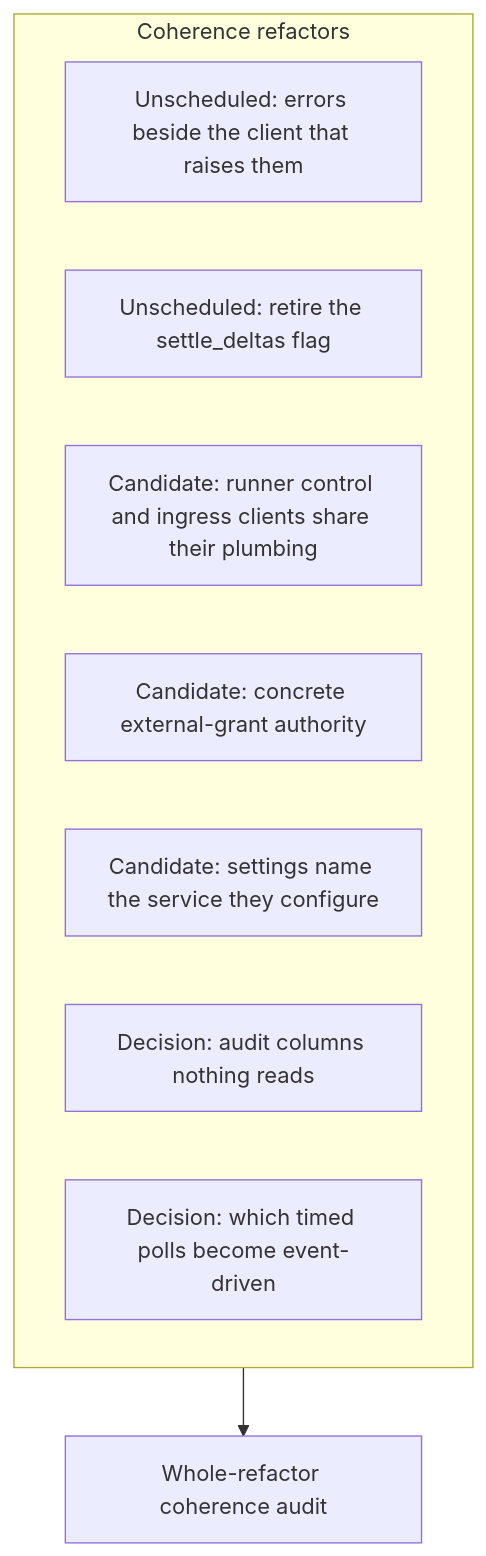
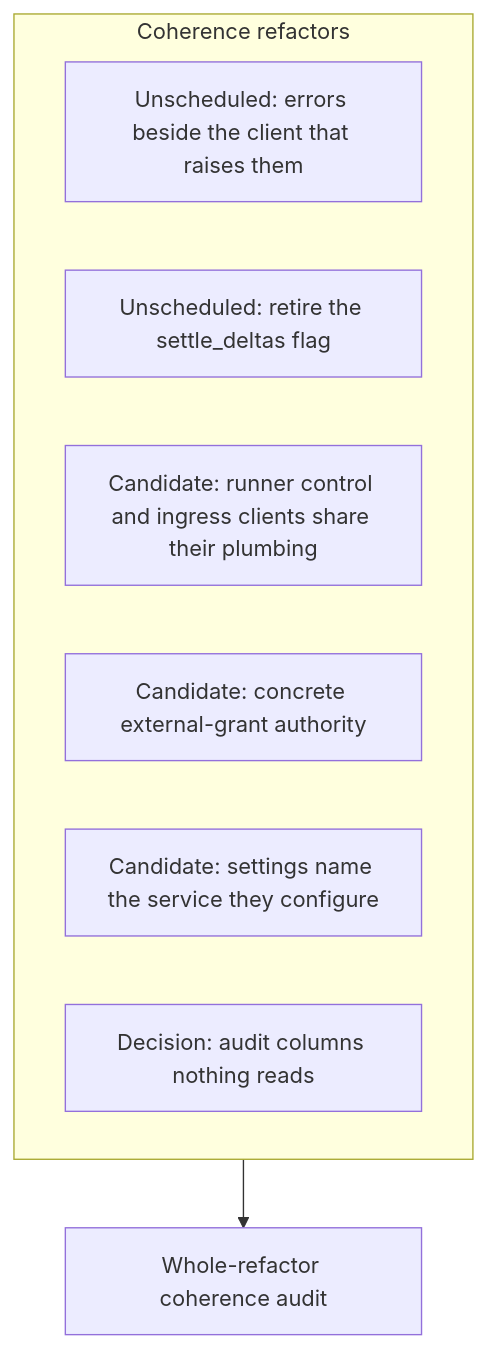
Diagram 14 of 14 in agentplane/plans/task_dag.md (agentydragon-agent/ducktape), drawn with Mermaid before and after one commit. The commit also changed other lines of this file and 25 other files, not shown here.

````diff
--- a/agentplane/plans/task_dag.md
+++ b/agentplane/plans/task_dag.md
@@ -927,13 +927,12 @@
 ```mermaid
 flowchart TD
     subgraph COHERENCE_REFACTORS[Coherence refactors]
         RUNNER_ERRORS_REHOME[Unscheduled: errors beside the client that raises them]
         SETTLE_DELTAS_ALWAYS_ON[Unscheduled: retire the settle_deltas flag]
         RUNNER_CORE_SPLIT[Candidate: runner control and ingress clients share their plumbing]
         ACTION_PROTOCOLS_CONCRETE[Candidate: concrete external-grant authority]
         SERVICE_SETTING_NAMES[Candidate: settings name the service they configure]
         NOTIFICATION_WRITE_ONLY_COLUMNS[Decision: audit columns nothing reads]
-        EVENT_DRIVEN_WAKEUPS[Decision: which timed polls become event-driven]
     end
     COHERENCE_REFACTORS --> REFACTOR_COHERENCE_AUDIT[Whole-refactor coherence audit]
 ```
````
